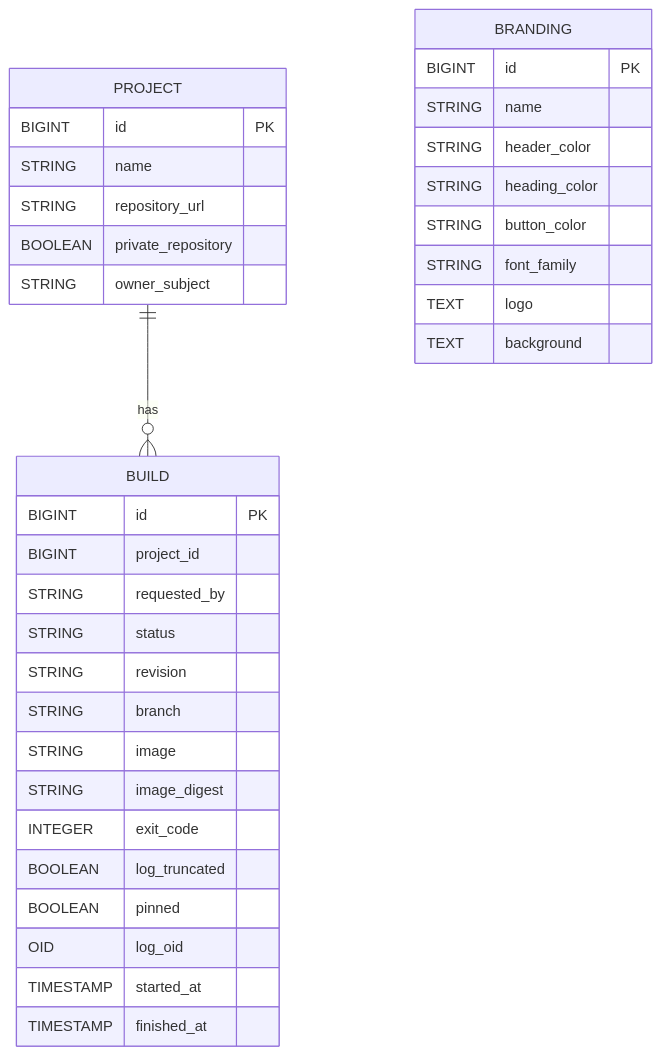
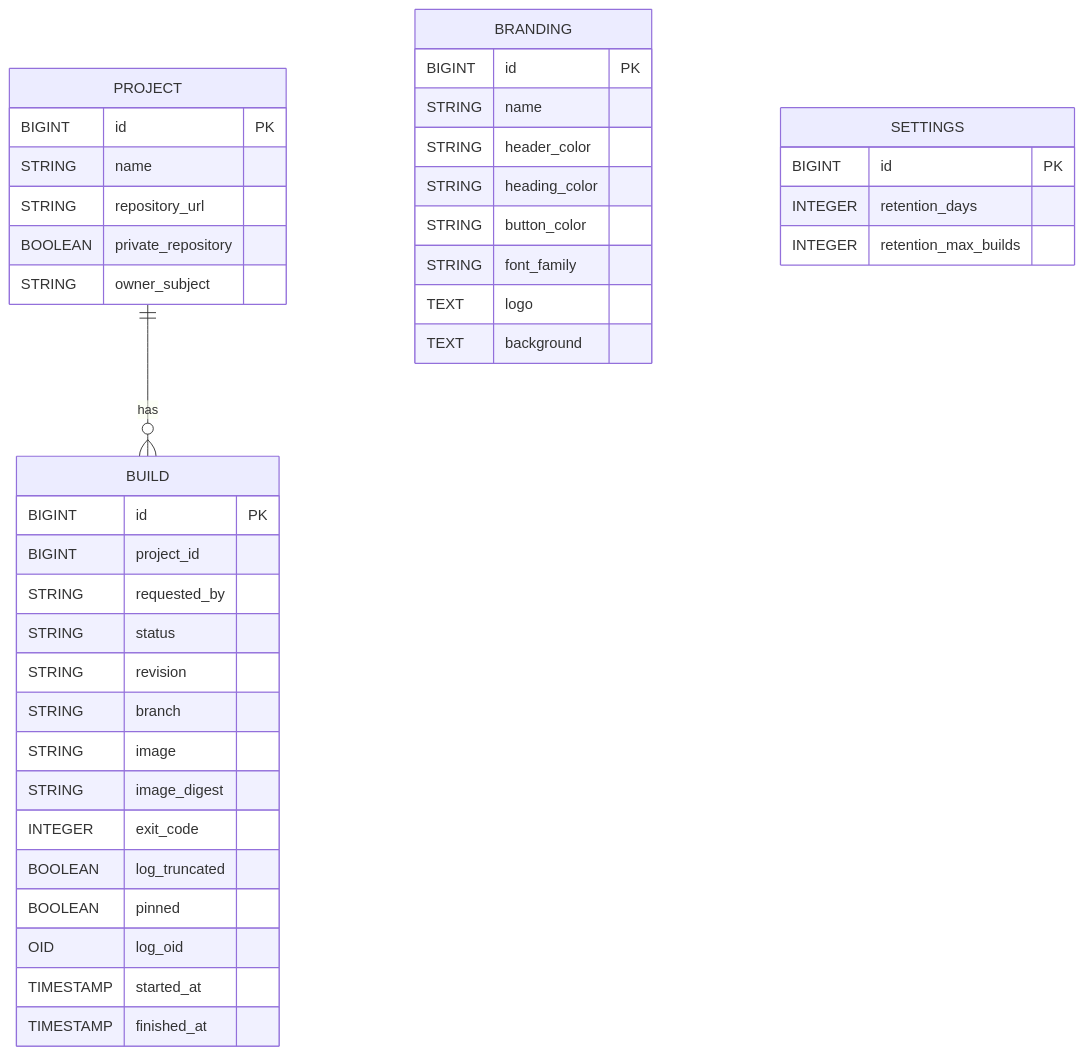
The diagram in docs/entity-diagram.md (Mohamed-Alkafory/cisys), drawn with Mermaid before and after one commit. The commit also changed other lines of this file and 16 other files, not shown here.

````diff
--- a/docs/entity-diagram.md
+++ b/docs/entity-diagram.md
@@ -5,40 +5,46 @@
 ```mermaid
 erDiagram
     PROJECT {
         BIGINT id PK
         STRING name
         STRING repository_url
         BOOLEAN private_repository
         STRING owner_subject
     }
 
     BUILD {
         BIGINT id PK
         BIGINT project_id
         STRING requested_by
         STRING status
         STRING revision
         STRING branch
         STRING image
         STRING image_digest
         INTEGER exit_code
         BOOLEAN log_truncated
         BOOLEAN pinned
         OID log_oid
         TIMESTAMP started_at
         TIMESTAMP finished_at
     }
 
     BRANDING {
         BIGINT id PK
         STRING name
         STRING header_color
         STRING heading_color
         STRING button_color
         STRING font_family
         TEXT logo
         TEXT background
     }
 
+    SETTINGS {
+        BIGINT id PK
+        INTEGER retention_days
+        INTEGER retention_max_builds
+    }
+
     PROJECT ||--o{ BUILD : has
 ```
````
